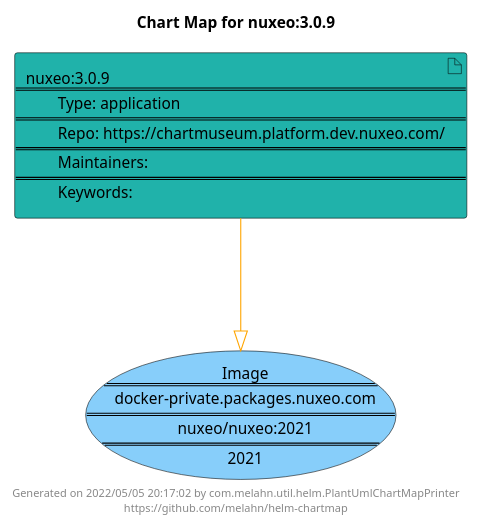
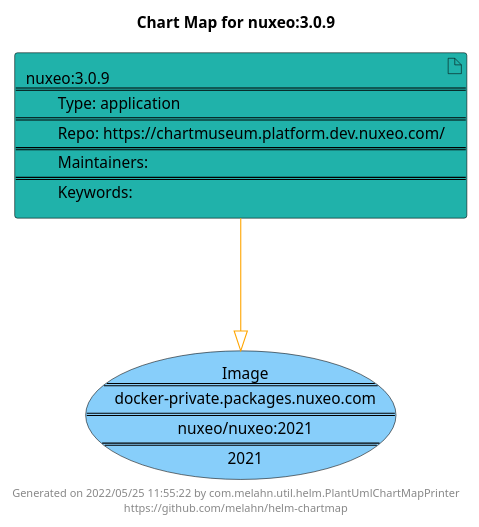
One commit to melahn/helm-chartmap changed the diagram in docs/nuxeo/nuxeo-3.0.9.puml. Above: the diagram before and after it, drawn with PlantUML. The commit also changed 60 other files, not shown here.

```diff
--- a/docs/nuxeo/nuxeo-3.0.9.puml
+++ b/docs/nuxeo/nuxeo-3.0.9.puml
@@ -1,21 +1,21 @@
 @startuml
 skinparam linetype ortho
 skinparam backgroundColor white
 skinparam usecaseBorderColor black
 skinparam usecaseArrowColor LightSlateGray
 skinparam artifactBorderColor black
 skinparam artifactArrowColor LightSlateGray
 
 title Chart Map for nuxeo:3.0.9
 
 'There is one referenced Helm Chart
 artifact "nuxeo:3.0.9\n====\n\tType: application\n====\n\tRepo: https://chartmuseum.platform.dev.nuxeo.com/\n====\n\tMaintainers: \n====\n\tKeywords: " as nuxeo_3_0_9 #LightSeaGreen
 
 'There is one referenced Docker Image
 usecase "Image\n====\ndocker-private.packages.nuxeo.com\n====\nnuxeo/nuxeo:2021\n====\n2021" as docker_private_packages_nuxeo_com_nuxeo_nuxeo_2021 #LightSkyBlue
 
 'Chart Dependencies
 nuxeo_3_0_9--[#orange]-|>docker_private_packages_nuxeo_com_nuxeo_nuxeo_2021
 
-center footer Generated on 2022/05/05 20:17:02 by com.melahn.util.helm.PlantUmlChartMapPrinter\nhttps://github.com/melahn/helm-chartmap
+center footer Generated on 2022/05/25 11:55:22 by com.melahn.util.helm.PlantUmlChartMapPrinter\nhttps://github.com/melahn/helm-chartmap
 @enduml
```
